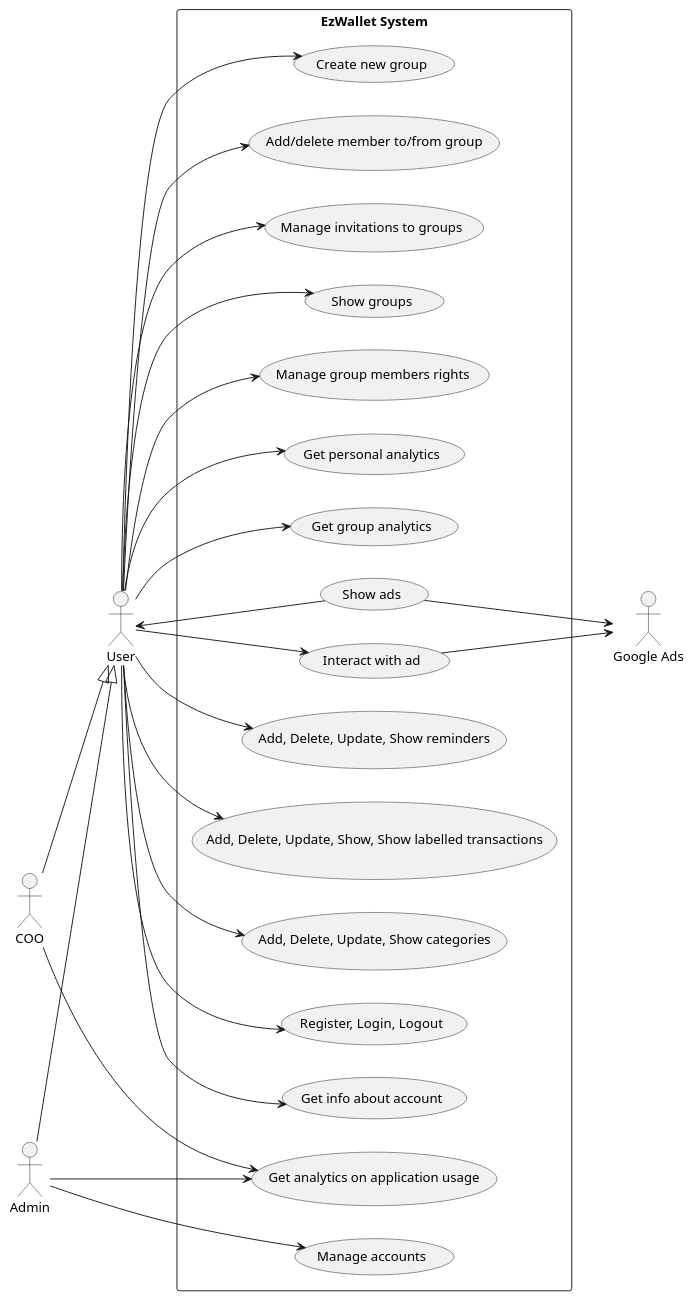
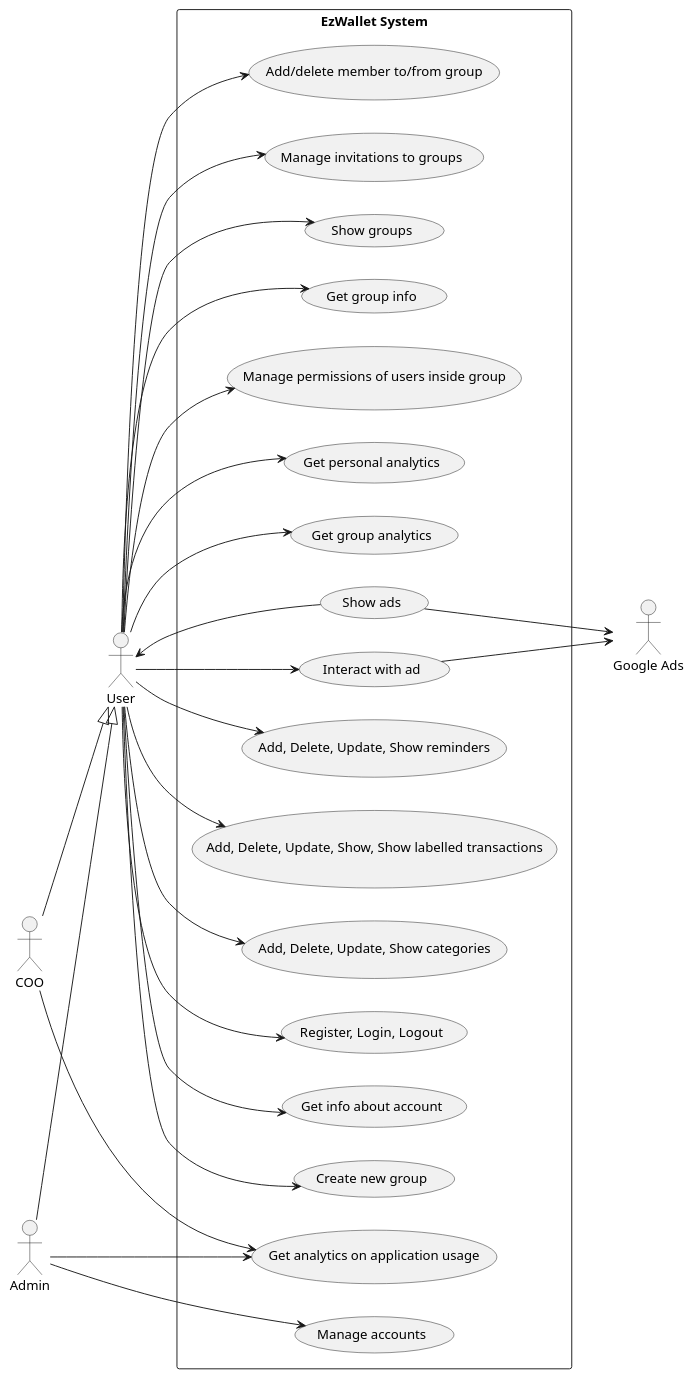
The second of 5 diagrams in RequirementsDocumentV2.md (lara-m2000/ezwallet), drawn with PlantUML before and after one commit.

Commit message:
docs:updated use case diagram

````diff
--- a/RequirementsDocumentV2.md
+++ b/RequirementsDocumentV2.md
@@ -315,59 +315,61 @@
 ```plantuml
 @startuml
 left to right direction
 
 actor User
 actor COO
 actor Admin
 actor "Google Ads" as GAds
 
 Admin --|> User
 COO --|> User
 
 rectangle "EzWallet System" as System {
 	usecase "Add, Delete, Update, Show, Show labelled transactions" as Transaction
 	usecase "Register, Login, Logout" as Auth
 
 	usecase "Add, Delete, Update, Show categories" as Category
 
 	usecase "Get info about account" as UUsers
 	usecase "Create new group" as CreateGroup
 	usecase "Add/delete member to/from group" as AddDeleteToGroup
 	usecase "Manage invitations to groups" as ManageInvitations
 	usecase "Show groups" as ShowGroups
-	usecase "Manage group members rights" as ManageMemberRights
+	usecase "Get group info" as GroupInfo
+	usecase "Manage permissions of users inside group" as ManageMemberRights
 	usecase "Manage accounts" as ManageAccounts
 
 	usecase "Get analytics on application usage" as UsageAnalytics
 
 	usecase "Get personal analytics" as PAnalytics
 	usecase "Get group analytics" as GAnalytics
 
 	usecase "Show ads" as ShowAds
 	usecase "Interact with ad" as InteractAd
 
 	usecase "Add, Delete, Update, Show reminders" as ManageReminders
 }
 User -> Transaction
 User -> Category
 User -> Auth
 User --> UUsers
 User --> PAnalytics
 User --> GAnalytics
 User --> CreateGroup
 User --> AddDeleteToGroup
 User --> ManageInvitations
 User --> ShowGroups
+User --> GroupInfo
 User --> ManageMemberRights
 User <-- ShowAds
 User --> InteractAd
 User --> ManageReminders
 ShowAds --> GAds
 InteractAd --> GAds
 Admin --> ManageAccounts
 Admin --> UsageAnalytics
 COO --> UsageAnalytics
 
 
 @enduml
 ```
````
